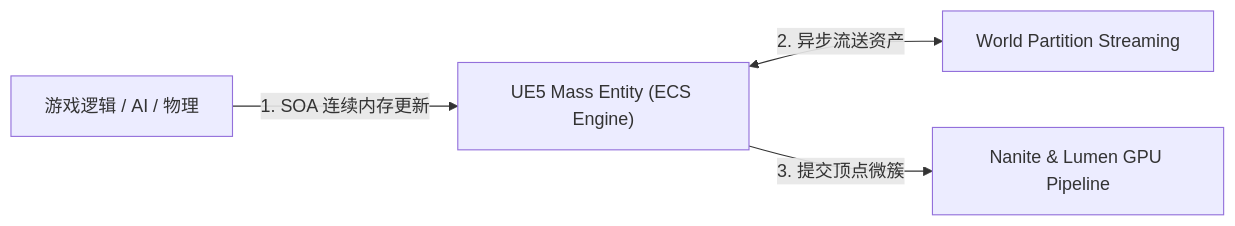
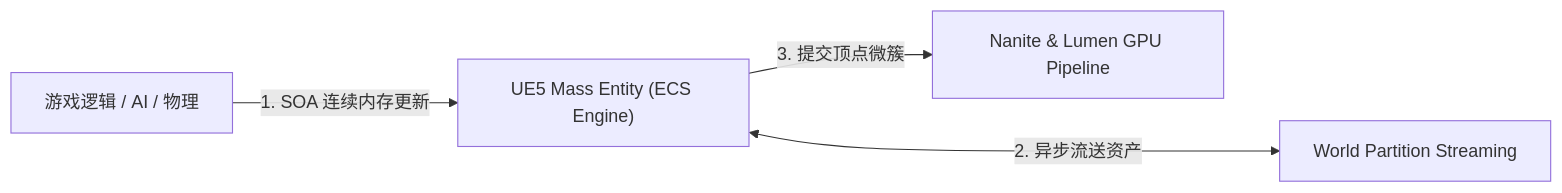
One commit to koosai/AI-Architect-Learning changed the third of 6 diagrams in docs/atlas/unreal-engine.mdx. Above: the diagram before and after it, drawn with Mermaid. The commit also changed other lines of this file and 68 other files, not shown here.

Commit message:
fix(atlas): fix browser client-side Mermaid rendering for mindmaps and flowcharts across 67 case studies

````diff
--- a/docs/atlas/unreal-engine.mdx
+++ b/docs/atlas/unreal-engine.mdx
@@ -109,6 +109,6 @@
 ```mermaid
 graph LR
   GameLogic["游戏逻辑 / AI / 物理"] -->|1. SOA 连续内存更新| MassEntitySystem["UE5 Mass Entity (ECS Engine)"]
-  MassEntitySystem <-->|2. 异步流送资产| WorldPartition["World Partition Streaming"]
+  MassEntitySystem <--->|2. 异步流送资产| WorldPartition["World Partition Streaming"]
   MassEntitySystem -->|3. 提交顶点微簇| NaniteLumen["Nanite & Lumen GPU Pipeline"]
 ```
````
